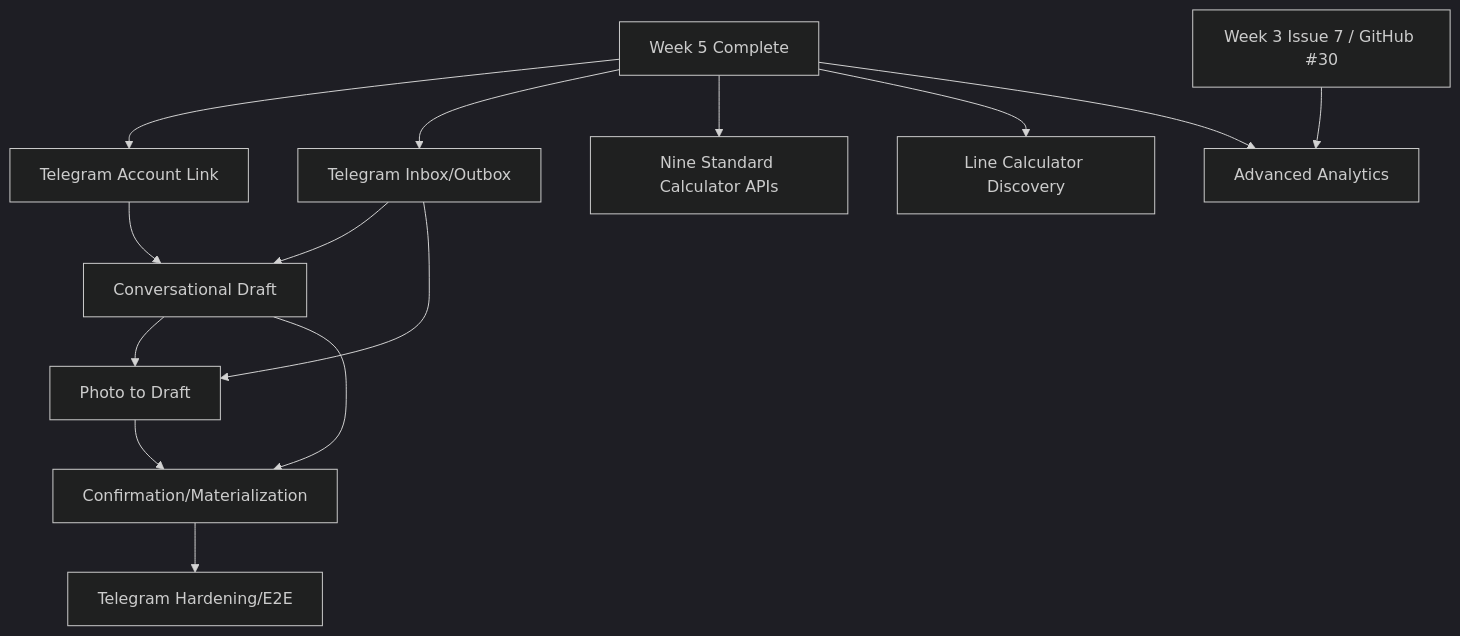
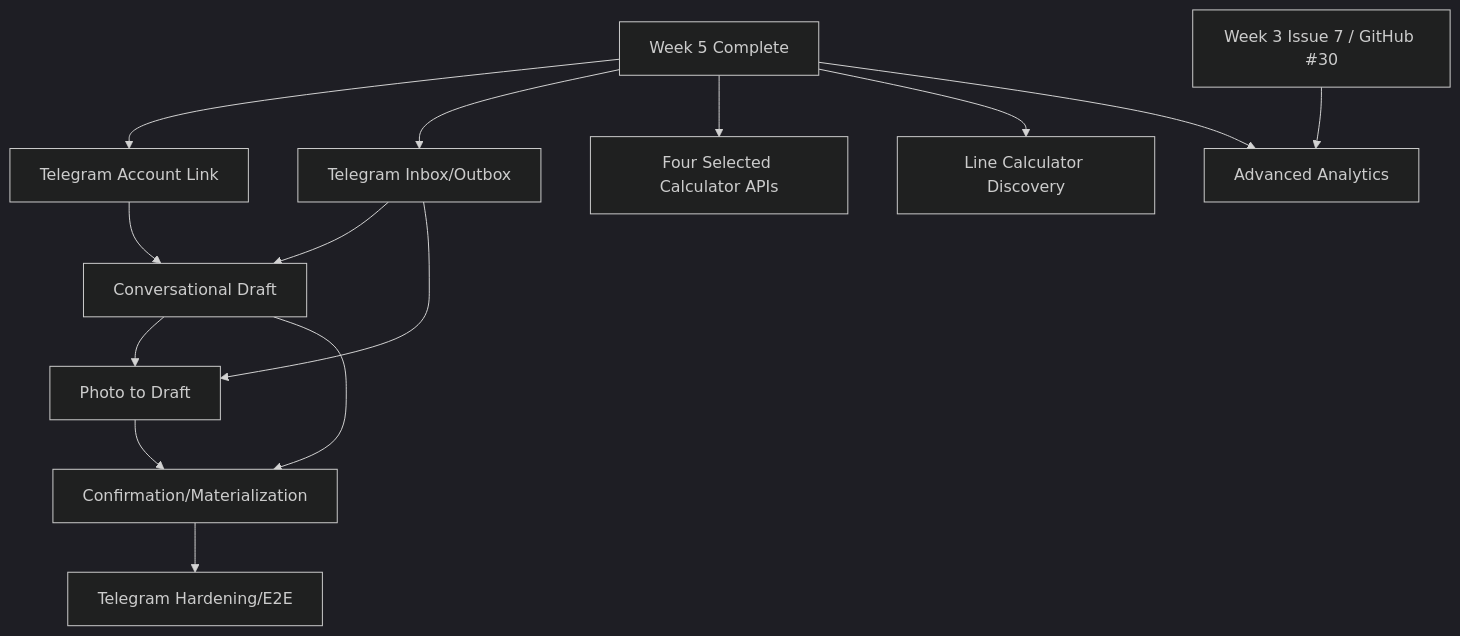
One commit to pradyumna-001/bancaemdia-api changed the diagram in docs/adrs/020-week6-telegram-calculators-analytics-issues.md. Above: the diagram before and after it, drawn with Mermaid (dark theme). The commit also changed other lines of this file and 14 other files, not shown here.

````diff
--- a/docs/adrs/020-week6-telegram-calculators-analytics-issues.md
+++ b/docs/adrs/020-week6-telegram-calculators-analytics-issues.md
@@ -375,18 +327,18 @@
 ```mermaid
 graph TD
     W5[Week 5 Complete] --> 1[Telegram Account Link]
     W5 --> 2[Telegram Inbox/Outbox]
     1 --> 3[Conversational Draft]
     2 --> 3
     2 --> 4[Photo to Draft]
     3 --> 4
     3 --> 5[Confirmation/Materialization]
     4 --> 5
     5 --> 6[Telegram Hardening/E2E]
 
-    W5 --> 7[Nine Standard Calculator APIs]
+    W5 --> 7[Four Selected Calculator APIs]
     W5 --> 8[Line Calculator Discovery]
 
     W3[Week 3 Issue 7 / GitHub #30] --> 9[Advanced Analytics]
     W5 --> 9
 ```
````
